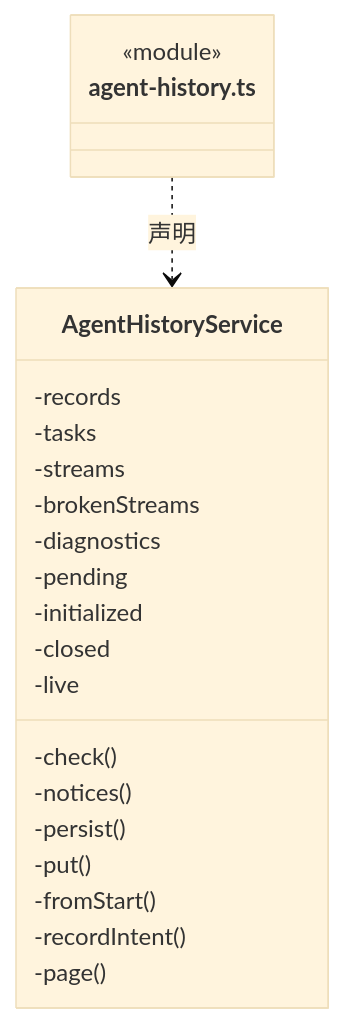
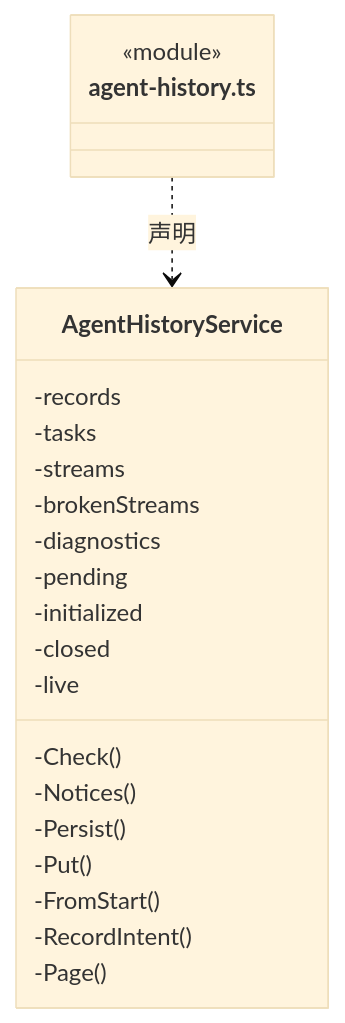
The second of 3 diagrams in src/logic/history/runtime/ARCHITECTURE.md (nan023062/cbim), drawn with Mermaid (base theme) before and after one commit. The commit also changed other lines of this file and 1035 other files, not shown here.

````diff
--- a/src/logic/history/runtime/ARCHITECTURE.md
+++ b/src/logic/history/runtime/ARCHITECTURE.md
@@ -76,25 +76,25 @@
 ```mermaid
 classDiagram
 class N_src_logic_history_runtime_agent_history_ts["agent-history.ts"] {
   <<module>>
 }
 class N_src_logic_history_runtime_agent_history_ts_AgentHistoryService["AgentHistoryService"] {
   -records
   -tasks
   -streams
   -brokenStreams
   -diagnostics
   -pending
   -initialized
   -closed
   -live
-  -check()
-  -notices()
-  -persist()
-  -put()
-  -fromStart()
-  -recordIntent()
-  -page()
+  -Check()
+  -Notices()
+  -Persist()
+  -Put()
+  -FromStart()
+  -RecordIntent()
+  -Page()
 }
 N_src_logic_history_runtime_agent_history_ts ..> N_src_logic_history_runtime_agent_history_ts_AgentHistoryService : 声明
 ```
````
